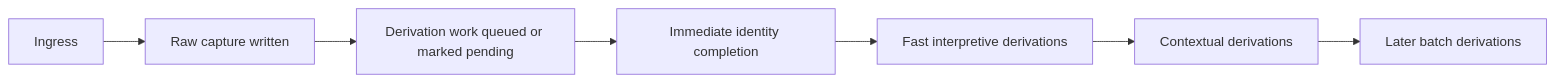
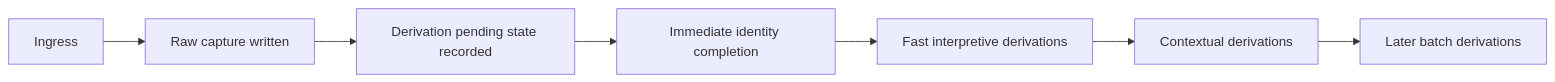
One commit to flyingrobots/think changed the diagram in docs/design/0010-ingress-and-derivation-pipeline.md. Above: the diagram before and after it, drawn with Mermaid. The commit also changed other lines of this file, not shown here.

````diff
--- a/docs/design/0010-ingress-and-derivation-pipeline.md
+++ b/docs/design/0010-ingress-and-derivation-pipeline.md
@@ -88,9 +88,9 @@
 ```mermaid
 flowchart LR
     I["Ingress"] --> C["Raw capture written"]
-    C --> Q["Derivation work queued or marked pending"]
+    C --> Q["Derivation pending state recorded"]
     Q --> D1A["Immediate identity completion"]
     D1A --> D1B["Fast interpretive derivations"]
     D1B --> D2["Contextual derivations"]
     D2 --> D3["Later batch derivations"]
 ```
````
